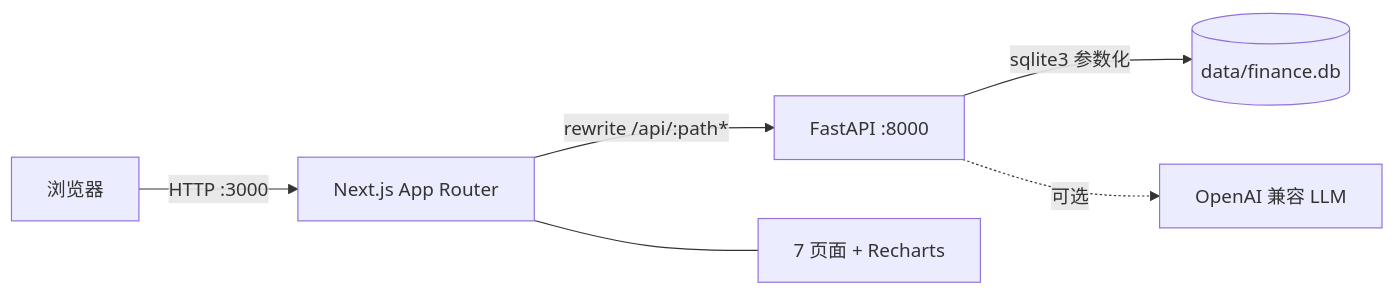
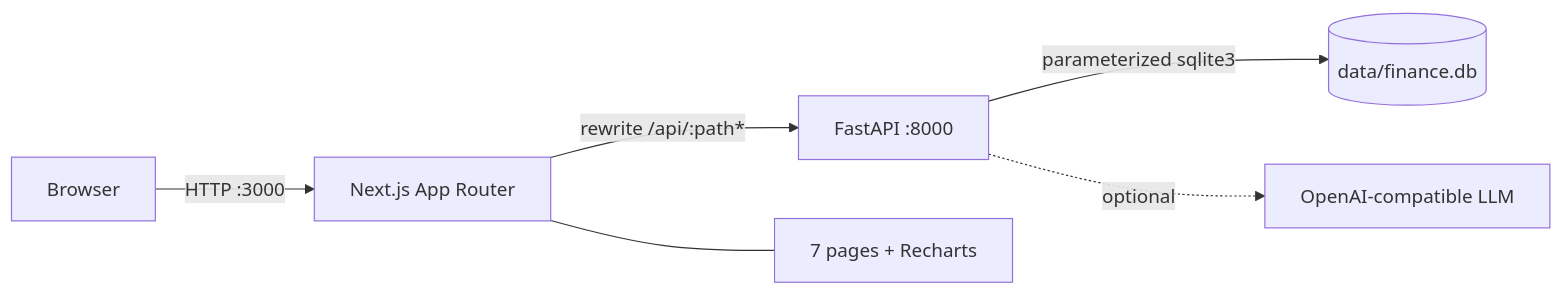
One commit to CallMeKingsley97/finance-ontology changed the diagram in README.md. Above: the diagram before and after it, drawn with Mermaid. The commit also changed other lines of this file and 1 other file, not shown here.

````diff
--- a/README.md
+++ b/README.md
@@ -21,8 +23,8 @@
 ```mermaid
 flowchart LR
-  B[浏览器] -->|HTTP :3000| N[Next.js App Router]
+  B[Browser] -->|HTTP :3000| N[Next.js App Router]
   N -->|rewrite /api/:path*| F[FastAPI :8000]
-  F -->|sqlite3 参数化| D[(data/finance.db)]
-  F -. 可选 .-> L[OpenAI 兼容 LLM]
-  N --- P[7 页面 + Recharts]
+  F -->|parameterized sqlite3| D[(data/finance.db)]
+  F -. optional .-> L[OpenAI-compatible LLM]
+  N --- P[7 pages + Recharts]
 ```
````
